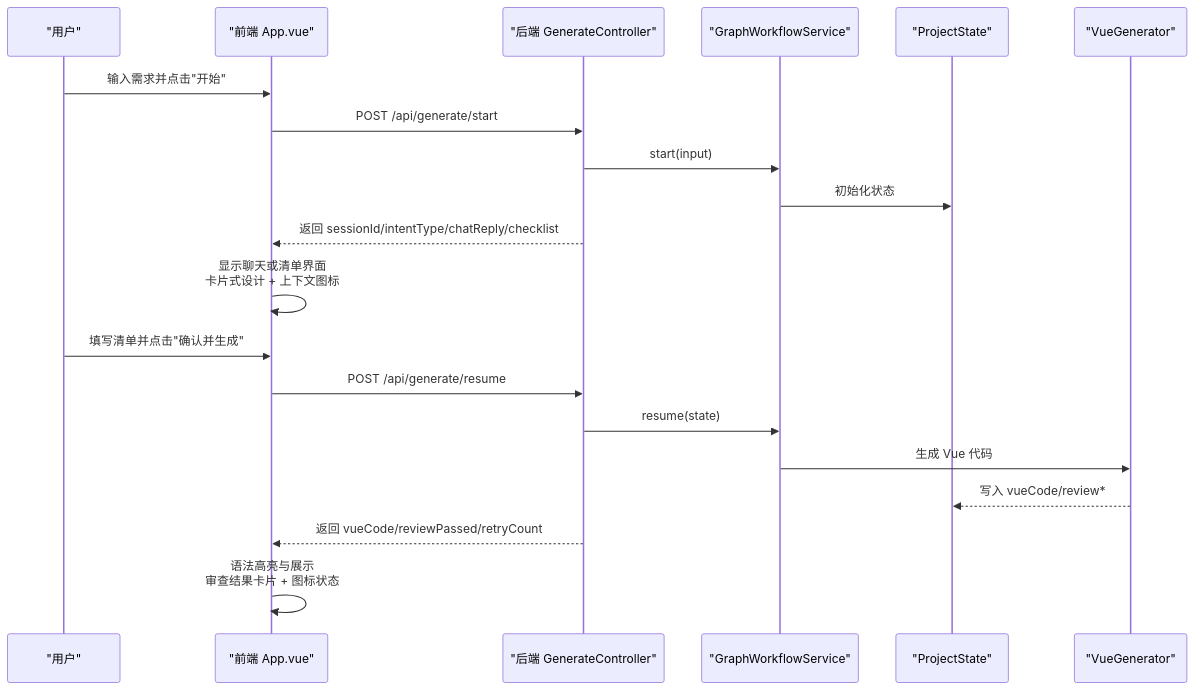
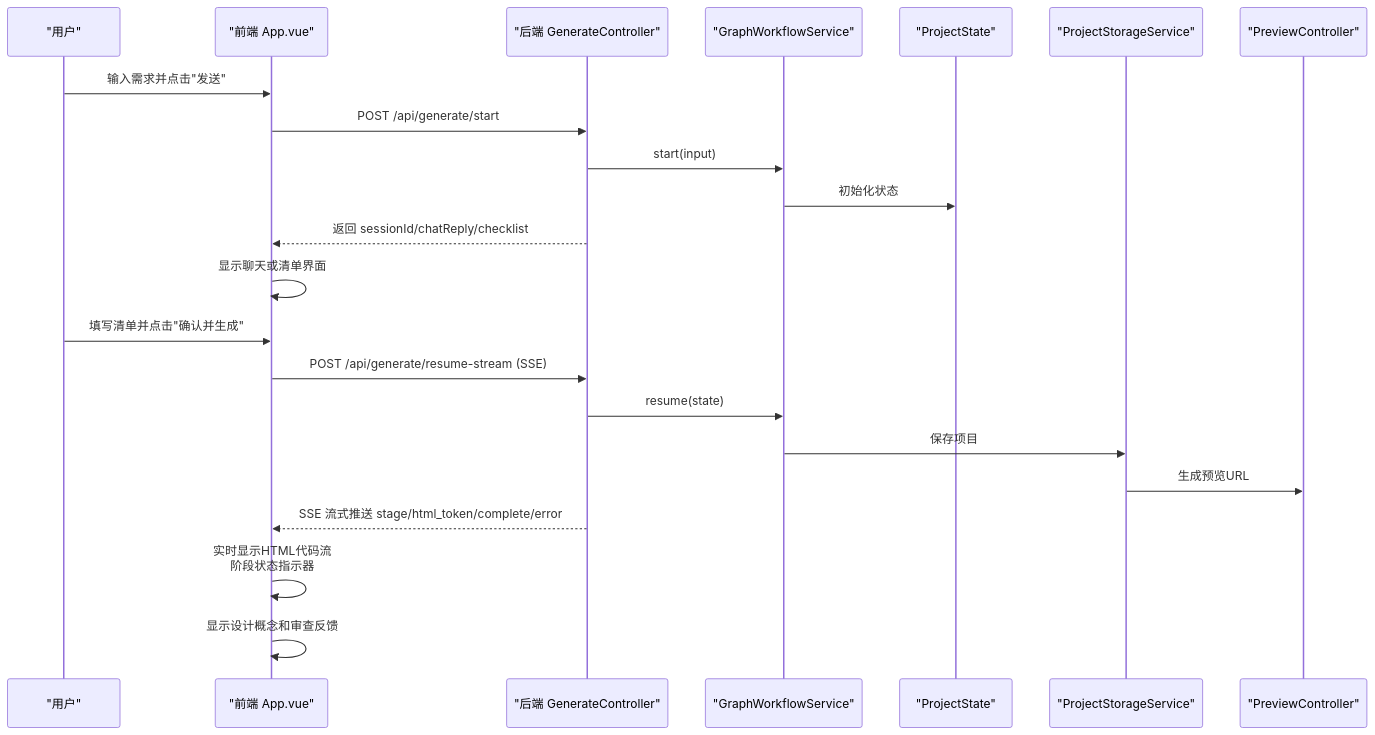
The second of 4 diagrams in .qoder/repowiki/zh/content/前端Vue.js应用.md (CyanYuKi/WebSiteFrontendCodeMother), drawn with Mermaid before and after one commit. The commit also changed other lines of this file and 12 other files, not shown here.

````diff
--- a/.qoder/repowiki/zh/content/前端Vue.js应用.md
+++ b/.qoder/repowiki/zh/content/前端Vue.js应用.md
@@ -134,22 +142,24 @@
 ```mermaid
 sequenceDiagram
 participant U as "用户"
 participant FE as "前端 App.vue"
 participant API as "后端 GenerateController"
 participant WF as "GraphWorkflowService"
 participant ST as "ProjectState"
-participant VG as "VueGenerator"
-U->>FE : 输入需求并点击"开始"
+participant PS as "ProjectStorageService"
+participant PC as "PreviewController"
+U->>FE : 输入需求并点击"发送"
 FE->>API : POST /api/generate/start
 API->>WF : start(input)
 WF->>ST : 初始化状态
-API-->>FE : 返回 sessionId/intentType/chatReply/checklist
-FE->>FE : 显示聊天或清单界面<br/>卡片式设计 + 上下文图标
+API-->>FE : 返回 sessionId/chatReply/checklist
+FE->>FE : 显示聊天或清单界面
 U->>FE : 填写清单并点击"确认并生成"
-FE->>API : POST /api/generate/resume
+FE->>API : POST /api/generate/resume-stream (SSE)
 API->>WF : resume(state)
-WF->>VG : 生成 Vue 代码
-VG-->>ST : 写入 vueCode/review*
-API-->>FE : 返回 vueCode/reviewPassed/retryCount
-FE->>FE : 语法高亮与展示<br/>审查结果卡片 + 图标状态
+WF->>PS : 保存项目
+PS->>PC : 生成预览URL
+API-->>FE : SSE 流式推送 stage/html_token/complete/error
+FE->>FE : 实时显示HTML代码流<br/>阶段状态指示器
+FE->>FE : 显示设计概念和审查反馈
 ```
````
